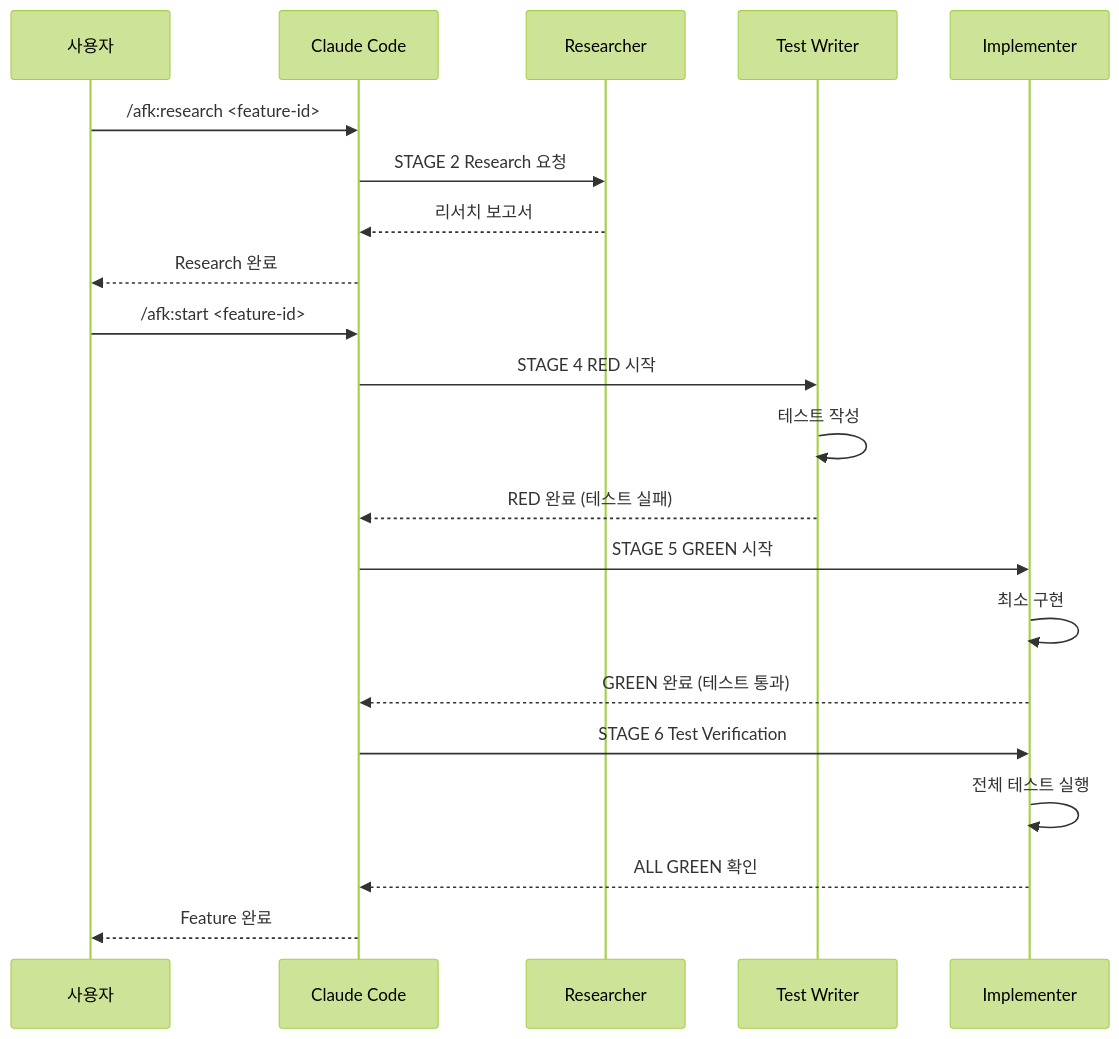
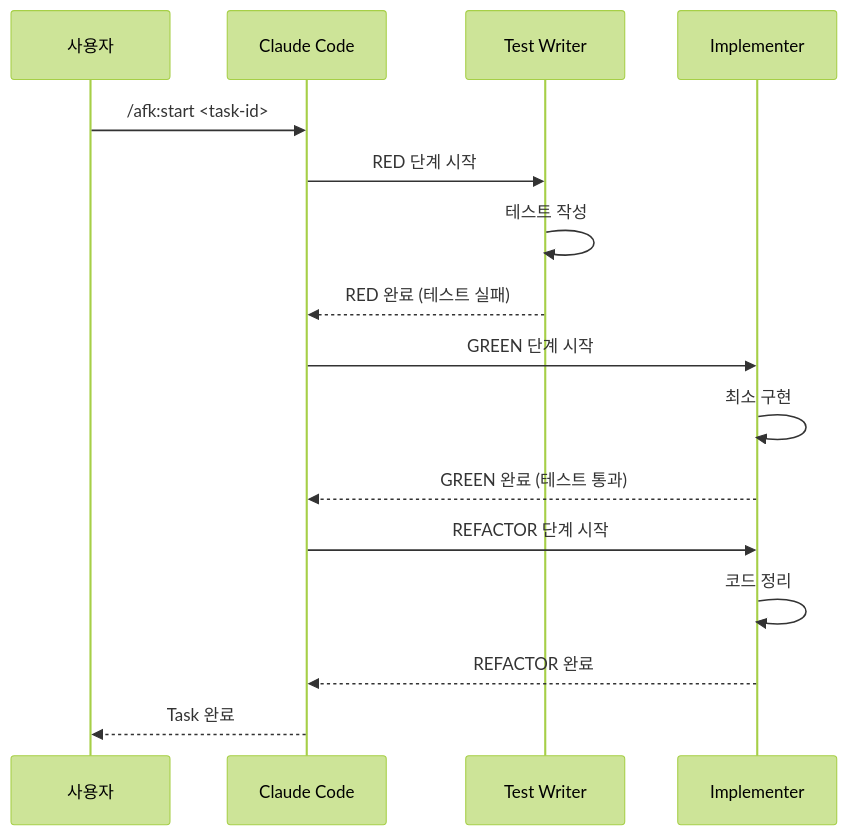
Before and after one commit to robinseo/afk-mod: the seventh of 8 diagrams in docs/workflow.md, drawn with Mermaid (forest theme). The commit also changed other lines of this file and 11 other files, not shown here.

````diff
--- a/docs/workflow.md
+++ b/docs/workflow.md
@@ -470,28 +331,22 @@
 ```mermaid
 sequenceDiagram
     participant U as 사용자
     participant C as Claude Code
-    participant R as Researcher
     participant TW as Test Writer
     participant IMP as Implementer
 
-    U->>C: /afk:research <feature-id>
-    C->>R: STAGE 2 Research 요청
-    R-->>C: 리서치 보고서
-    C-->>U: Research 완료
+    U->>C: /afk:start <task-id>
 
-    U->>C: /afk:start <feature-id>
-
-    C->>TW: STAGE 4 RED 시작
+    C->>TW: RED 단계 시작
     TW->>TW: 테스트 작성
     TW-->>C: RED 완료 (테스트 실패)
 
-    C->>IMP: STAGE 5 GREEN 시작
+    C->>IMP: GREEN 단계 시작
     IMP->>IMP: 최소 구현
     IMP-->>C: GREEN 완료 (테스트 통과)
 
-    C->>IMP: STAGE 6 Test Verification
-    IMP->>IMP: 전체 테스트 실행
-    IMP-->>C: ALL GREEN 확인
-    C-->>U: Feature 완료
+    C->>IMP: REFACTOR 단계 시작
+    IMP->>IMP: 코드 정리
+    IMP-->>C: REFACTOR 완료
+    C-->>U: Task 완료
 ```
````
